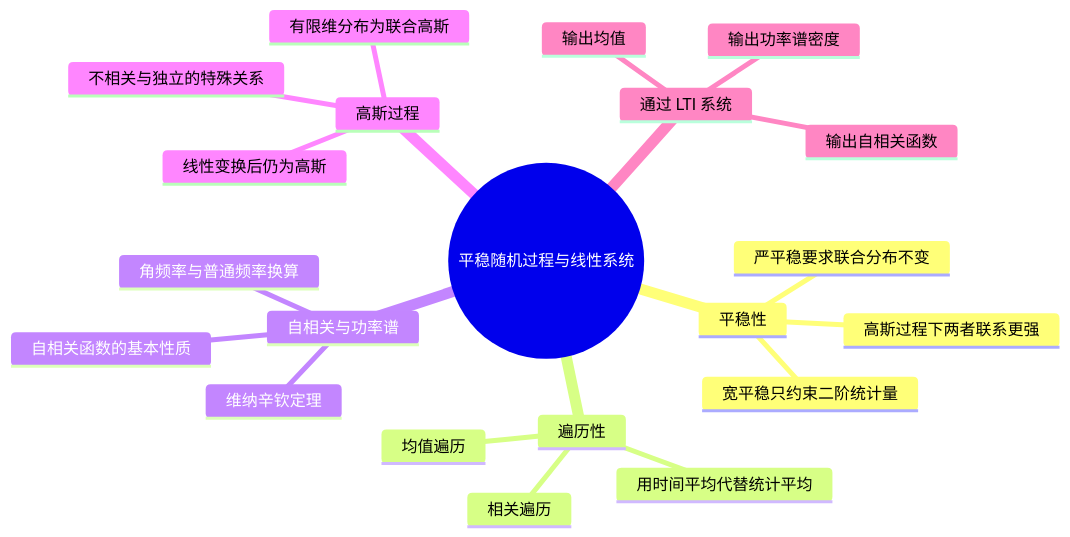
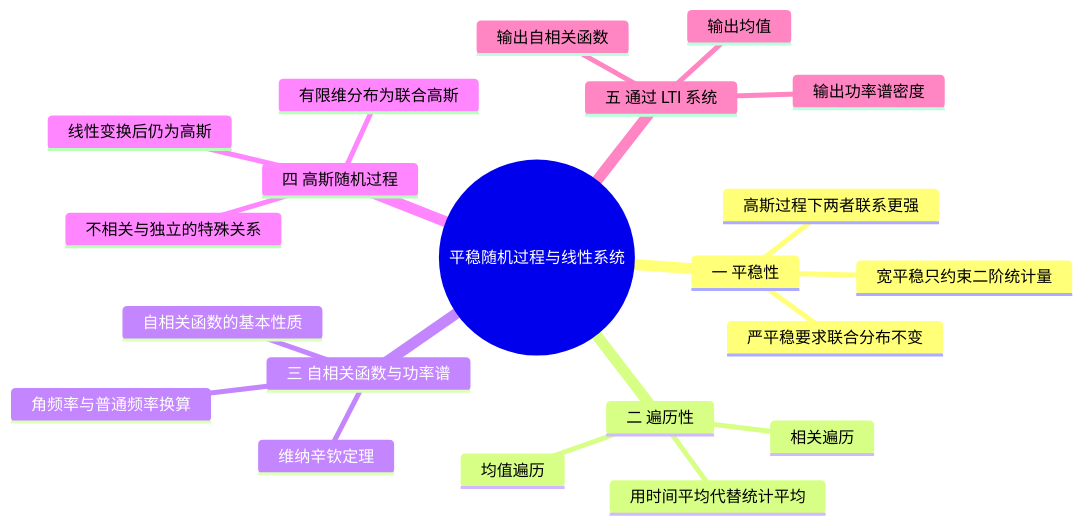
Before and after one commit to 3280441136-lab/My_Obsidian_Notes: the diagram in 学习/学校课程/通信原理（3学分）/06 第6课 平稳性、高斯随机过程与线性系统.md, drawn with Mermaid. The commit also changed 11 other files, not shown here.

````diff
--- a/学习/学校课程/通信原理（3学分）/06 第6课 平稳性、高斯随机过程与线性系统.md
+++ b/学习/学校课程/通信原理（3学分）/06 第6课 平稳性、高斯随机过程与线性系统.md
@@ -5,24 +5,24 @@
 ```mermaid
 mindmap
   root((平稳随机过程与线性系统))
-    平稳性
+    一 平稳性
       严平稳要求联合分布不变
       宽平稳只约束二阶统计量
       高斯过程下两者联系更强
-    遍历性
+    二 遍历性
       用时间平均代替统计平均
       均值遍历
       相关遍历
-    自相关与功率谱
+    三 自相关函数与功率谱
       自相关函数的基本性质
       维纳辛钦定理
       角频率与普通频率换算
-    高斯过程
+    四 高斯随机过程
       有限维分布为联合高斯
       不相关与独立的特殊关系
       线性变换后仍为高斯
-    通过 LTI 系统
+    五 通过 LTI 系统
       输出均值
       输出自相关函数
       输出功率谱密度
 ```
````
